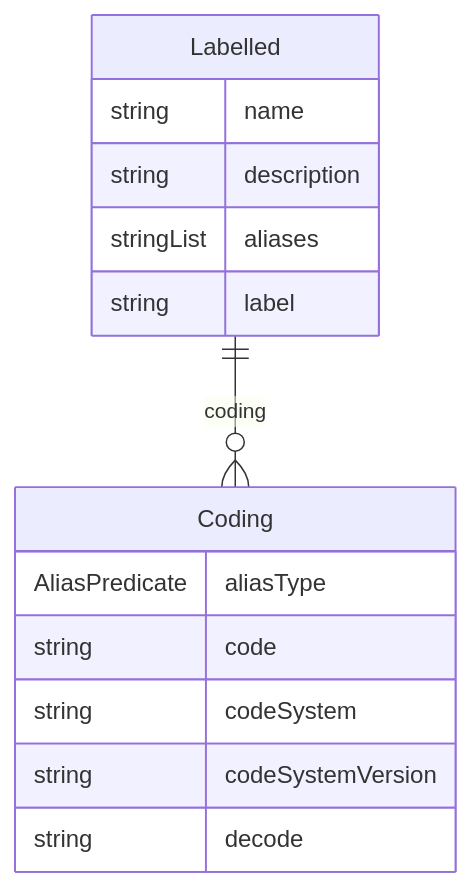
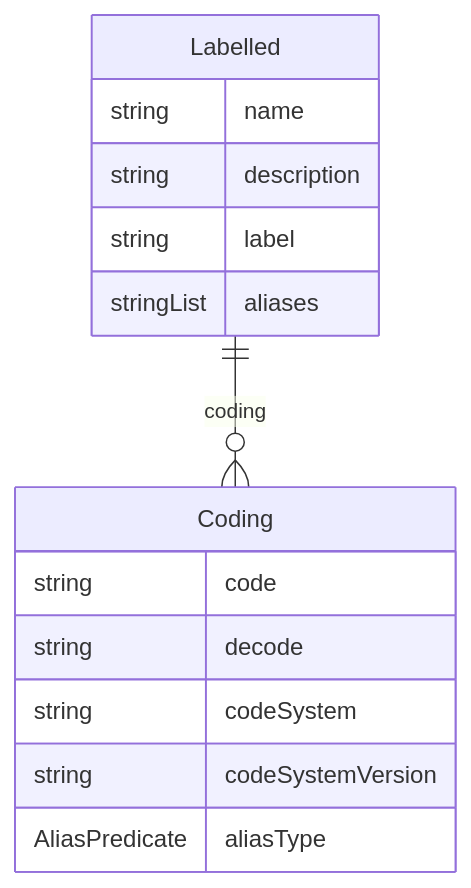
One commit to cdisc-org/DataExchange-DDS changed the diagram in docs/classes/Labelled.md. Above: the diagram before and after it, drawn with Mermaid. The commit also changed other lines of this file and 313 other files, not shown here.

````diff
--- a/docs/classes/Labelled.md
+++ b/docs/classes/Labelled.md
@@ -20,19 +15,19 @@
 ```mermaid
 erDiagram
-Coding {
-    AliasPredicate aliasType  
-    string code  
-    string codeSystem  
-    string codeSystemVersion  
-    string decode  
-}
 Labelled {
     string name  
     string description  
+    string label  
     stringList aliases  
-    string label  
+}
+Coding {
+    string code  
+    string decode  
+    string codeSystem  
+    string codeSystemVersion  
+    AliasPredicate aliasType  
 }
 
 Labelled ||--}o Coding : "coding"
 
 ```
````
